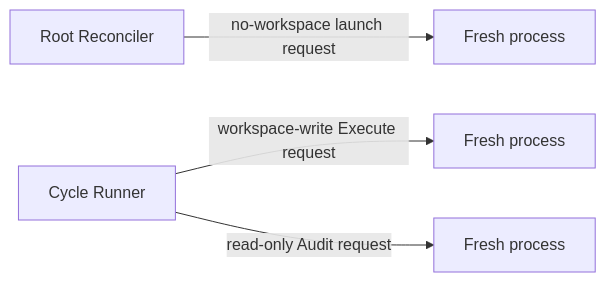
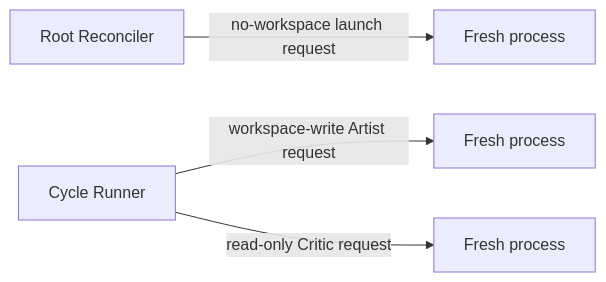
The diagram in docs/architecture/performer.md (hallucination-studio/symphony), drawn with Mermaid before and after one commit. The commit also changed other lines of this file and 64 other files, not shown here.

Commit message:
refactor: rename cycle roles to artist and critic

````diff
--- a/docs/architecture/performer.md
+++ b/docs/architecture/performer.md
@@ -107,7 +107,7 @@
 ```mermaid
 %% source-rules: PF-SESSION-001 PF-SESSION-002 PF-SESSION-003 PF-PERM-001 PF-PERM-002
 flowchart LR
   RR[Root Reconciler] -->|no-workspace launch request| P1[Fresh process]
-  CR[Cycle Runner] -->|workspace-write Execute request| P2[Fresh process]
-  CR -->|read-only Audit request| P3[Fresh process]
+  CR[Cycle Runner] -->|workspace-write Artist request| P2[Fresh process]
+  CR -->|read-only Critic request| P3[Fresh process]
 ```
````
